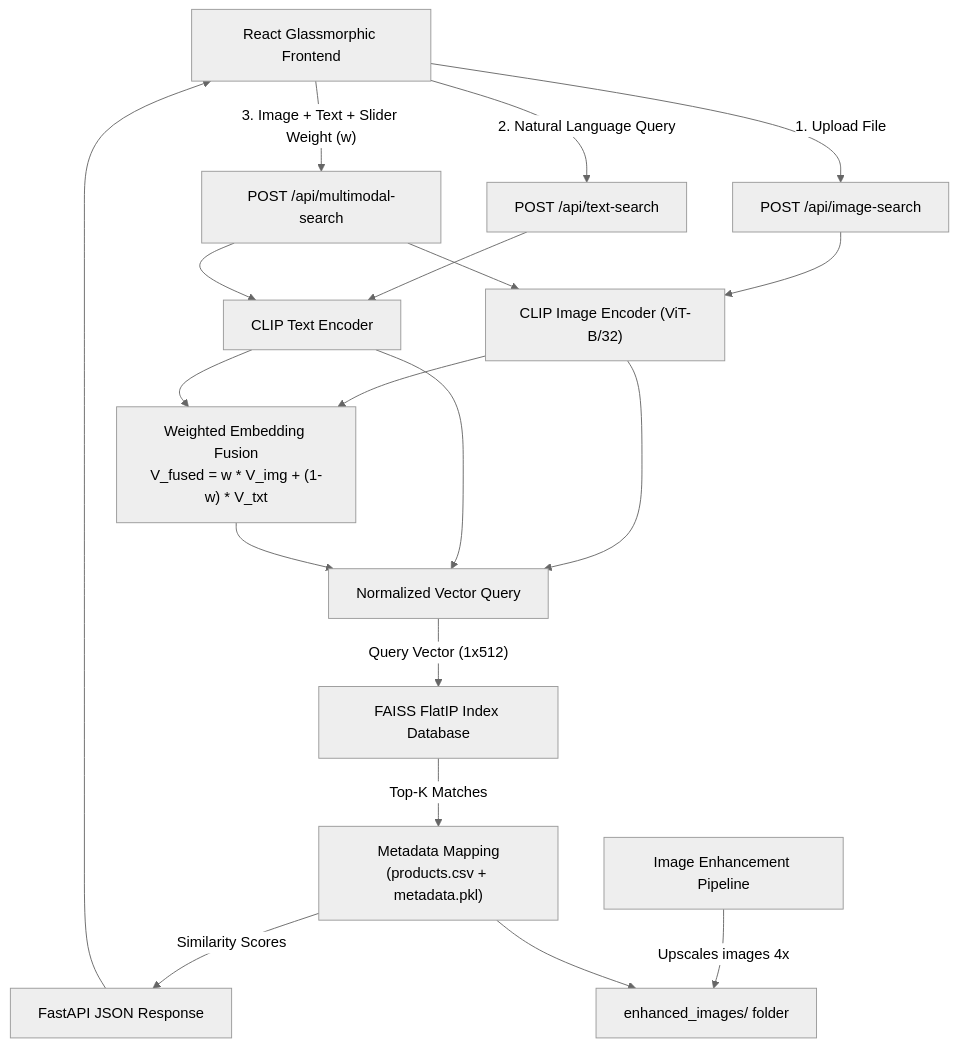
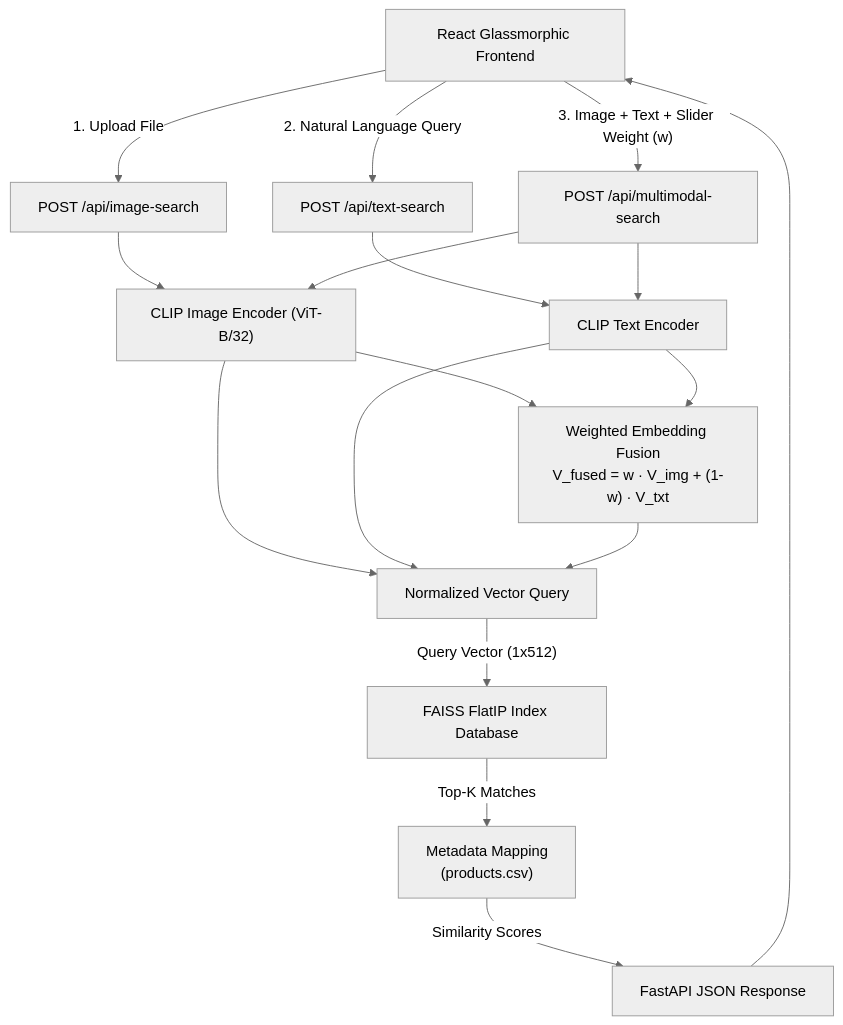
The diagram in README.md (neha1505/NovaLens-AI), drawn with Mermaid (neutral theme) before and after one commit. The commit also changed other lines of this file and 60 other files, not shown here.

````diff
--- a/README.md
+++ b/README.md
@@ -19,31 +25,27 @@
 ```mermaid
 graph TD
     %% Frontend Interaction
     A["React Glassmorphic Frontend"] -- "1. Upload File" --> B["POST /api/image-search"]
     A -- "2. Natural Language Query" --> C["POST /api/text-search"]
     A -- "3. Image + Text + Slider Weight (w)" --> D["POST /api/multimodal-search"]
 
     %% Backend Embeddings & Processing
     B --> E["CLIP Image Encoder (ViT-B/32)"]
     C --> F["CLIP Text Encoder"]
     
     D --> E
     D --> F
     
-    E --> G["Weighted Embedding Fusion<br>V_fused = w * V_img + (1-w) * V_txt"]
+    E --> G["Weighted Embedding Fusion<br>V_fused = w · V_img + (1-w) · V_txt"]
     F --> G
     
     %% Similarity Search & Storage
     E --> H["Normalized Vector Query"]
     F --> H
     G --> H
     
     H -- "Query Vector (1x512)" --> I["FAISS FlatIP Index Database"]
-    I -- "Top-K Matches" --> J["Metadata Mapping<br>(products.csv + metadata.pkl)"]
+    I -- "Top-K Matches" --> J["Metadata Mapping<br>(products.csv)"]
     J -- "Similarity Scores" --> K["FastAPI JSON Response"]
     K --> A
-    
-    %% Image Enhancer
-    L["Image Enhancement Pipeline"] -- "Upscales images 4x" --> M["enhanced_images/ folder"]
-    J --> M
 ```
````
